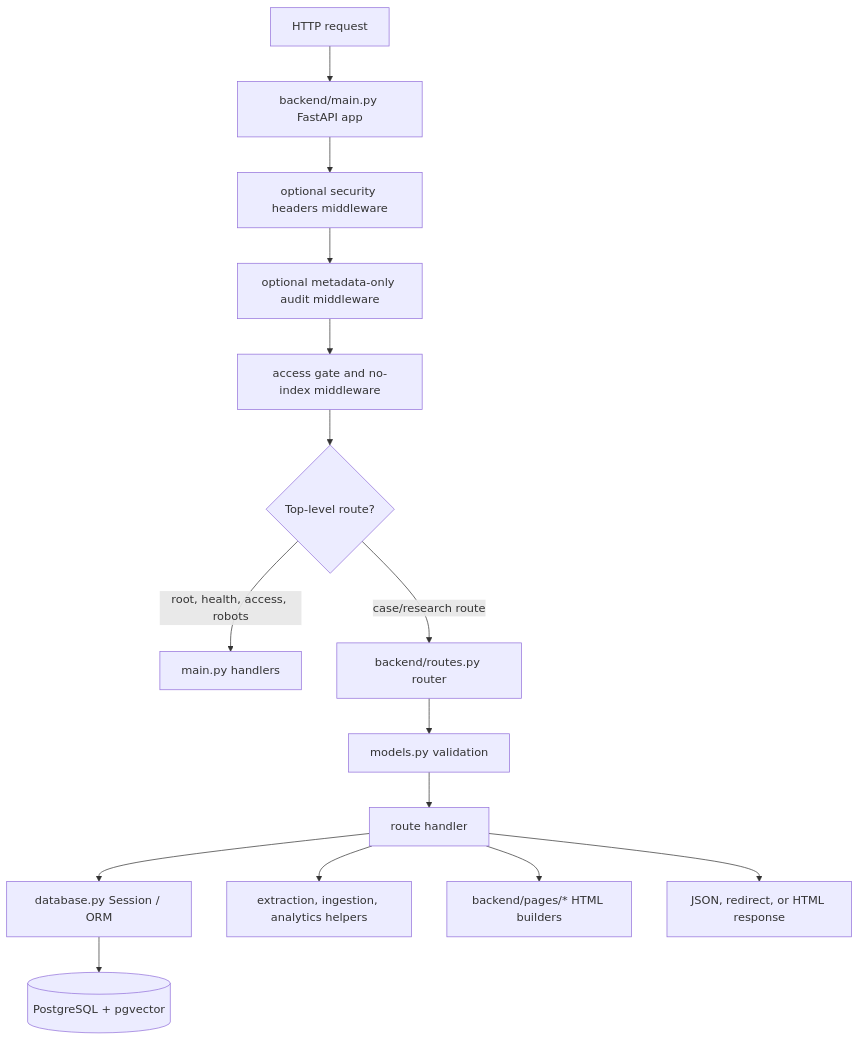
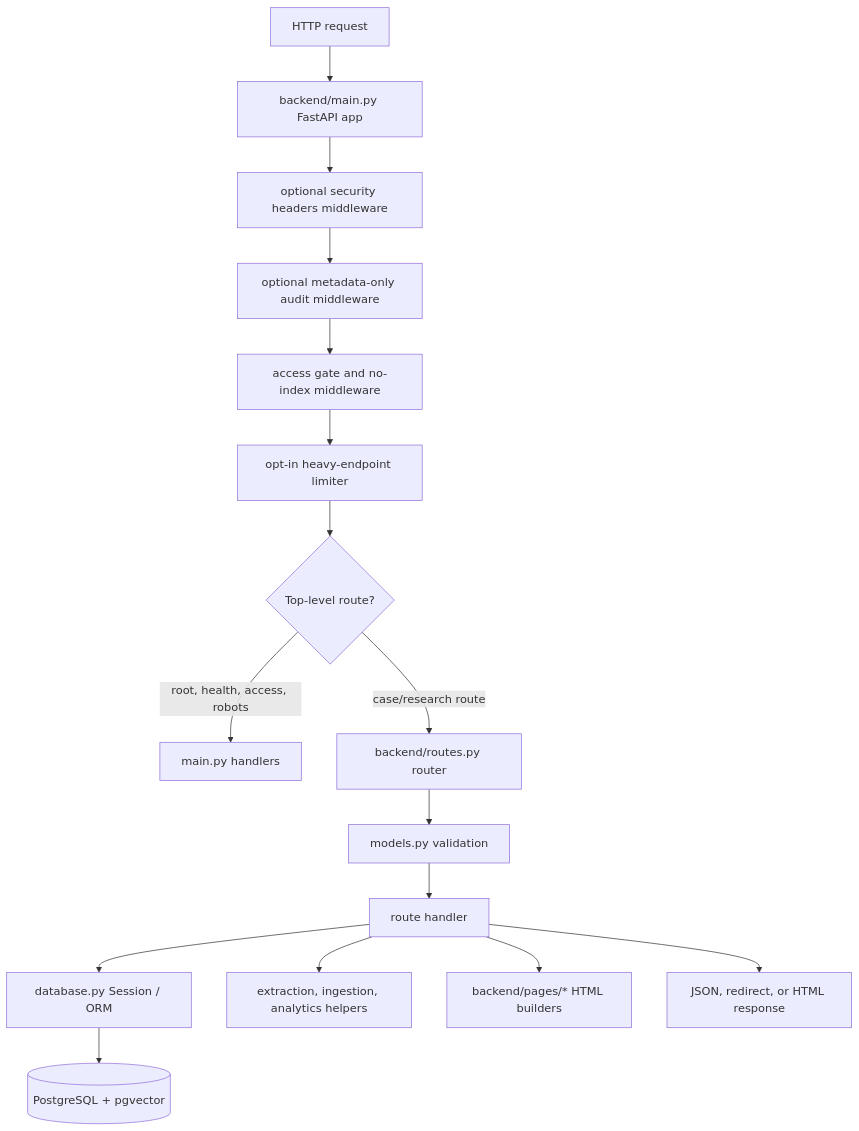
The diagram in .swm/1.oi7rhqp2.sw.md (greystone-dan/LitIntelproject), drawn with Mermaid before and after one commit. The commit also changed other lines of this file and 6 other files, not shown here.

````diff
--- a/.swm/1.oi7rhqp2.sw.md
+++ b/.swm/1.oi7rhqp2.sw.md
@@ -74,17 +85,18 @@
 ```mermaid
 flowchart TD
 	 Request[HTTP request] --> App[backend/main.py FastAPI app]
 	 App --> SecurityHeaders[optional security headers middleware]
 	 SecurityHeaders --> Audit[optional metadata-only audit middleware]
 	 Audit --> Middleware[access gate and no-index middleware]
-	 Middleware --> TopLevel{Top-level route?}
+	 Middleware --> Limiter[opt-in heavy-endpoint limiter]
+	 Limiter --> TopLevel{Top-level route?}
 	 TopLevel -->|root, health, access, robots| MainRoutes[main.py handlers]
 	 TopLevel -->|case/research route| Router[backend/routes.py router]
 	 Router --> Validate[models.py validation]
 	 Validate --> Handler[route handler]
 	 Handler --> Database[database.py Session / ORM]
 	 Handler --> Helpers[extraction, ingestion, analytics helpers]
 	 Handler --> PageModules[backend/pages/* HTML builders]
 	 Database --> PostgreSQL[(PostgreSQL + pgvector)]
 	 Handler --> Response[JSON, redirect, or HTML response]
 ```
````
